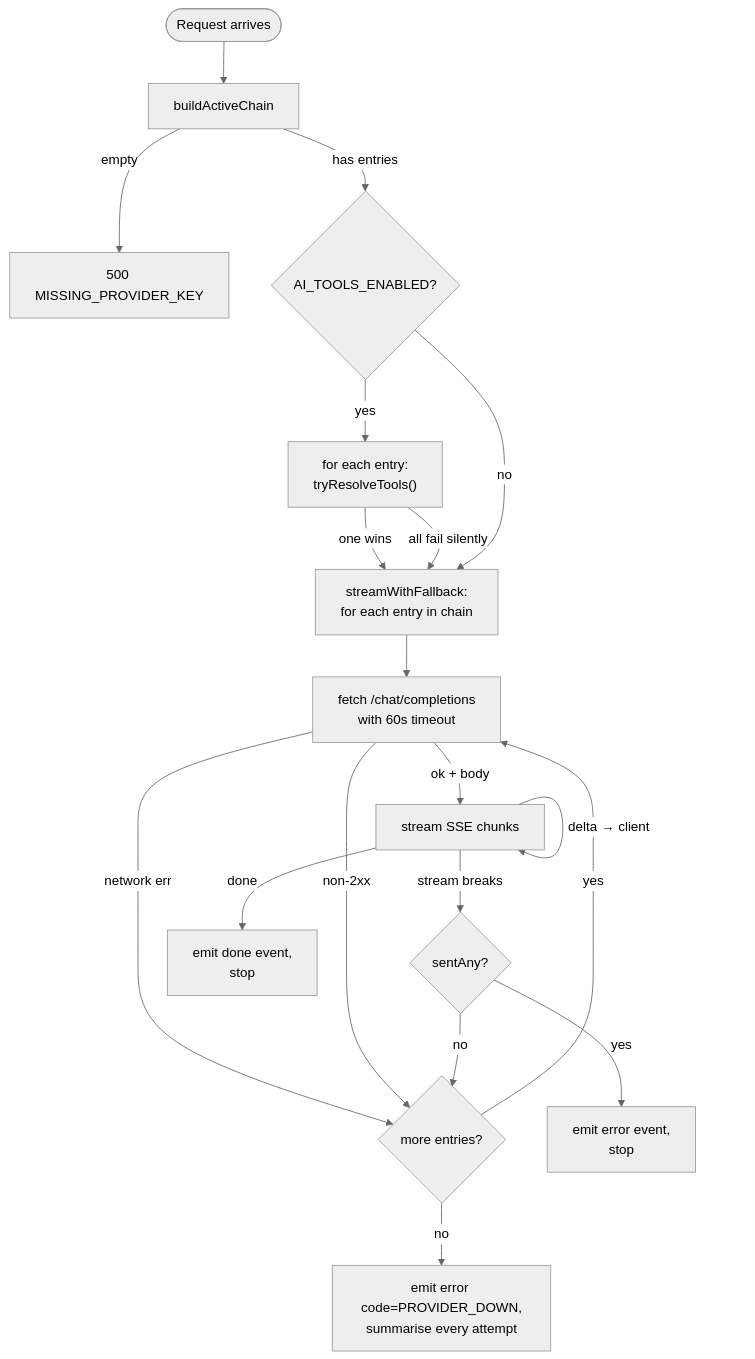
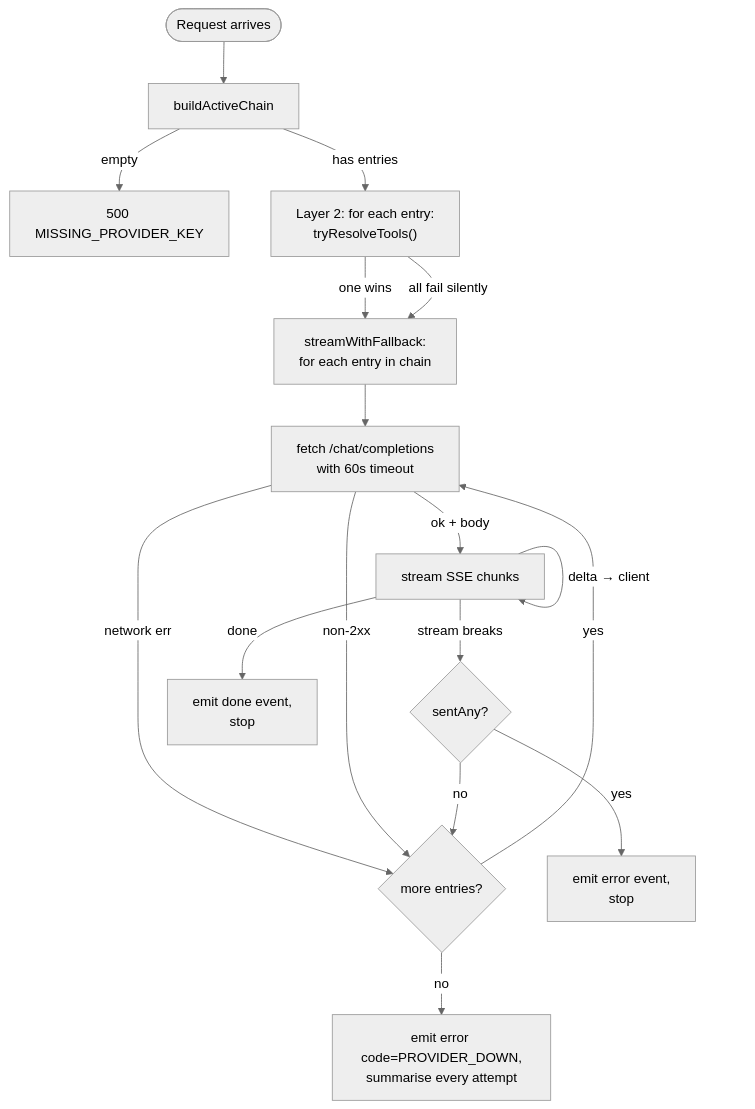
One commit to PePoDev/aiko changed the fourth of 5 diagrams in docs/ai-architecture.md. Above: the diagram before and after it, drawn with Mermaid (neutral theme). The commit also changed other lines of this file and 18 other files, not shown here.

````diff
--- a/docs/ai-architecture.md
+++ b/docs/ai-architecture.md
@@ -246,22 +246,20 @@
 ```mermaid
 flowchart TD
   Start([Request arrives]) --> Build[buildActiveChain]
   Build -->|empty| E1[500 MISSING_PROVIDER_KEY]
-  Build -->|has entries| Tools{AI_TOOLS_ENABLED?}
-  Tools -->|yes| TryTools["for each entry:<br/>tryResolveTools()"]
+  Build -->|has entries| TryTools["Layer 2: for each entry:<br/>tryResolveTools()"]
   TryTools -->|one wins| Stream
   TryTools -->|all fail silently| Stream
-  Tools -->|no| Stream
   Stream["streamWithFallback:<br/>for each entry in chain"] --> Fetch[fetch /chat/completions<br/>with 60s timeout]
   Fetch -->|network err| Next
   Fetch -->|non-2xx| Next
   Fetch -->|ok + body| Read[stream SSE chunks]
   Read -->|delta → client| Read
   Read -->|stream breaks| Mid{sentAny?}
   Mid -->|no| Next
   Mid -->|yes| MidErr[emit error event,<br/>stop]
   Read -->|done| Done[emit done event,<br/>stop]
   Next{more entries?}
   Next -->|yes| Fetch
   Next -->|no| AllDown[emit error code=PROVIDER_DOWN,<br/>summarise every attempt]
 ```
````
